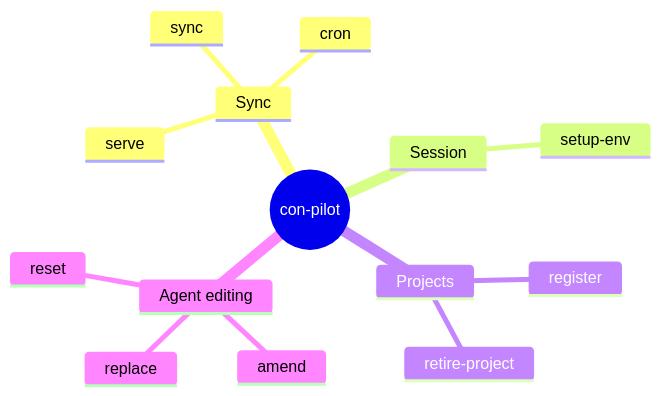
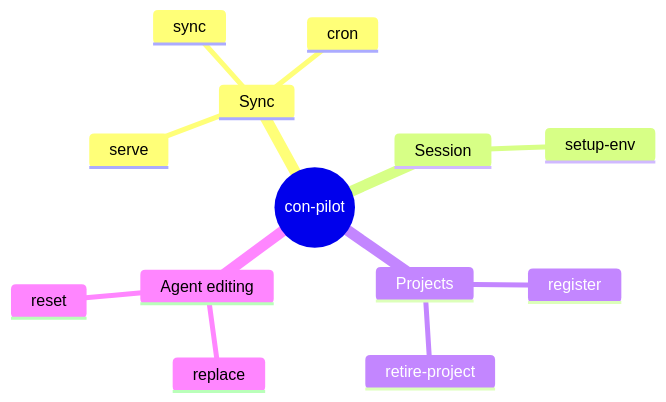
Before and after one commit to oliben67/copilot-conductor: the first of 6 diagrams in src/python/con-pilot/README.md, drawn with Mermaid. The commit also changed other lines of this file and 1 other file, not shown here.

````diff
--- a/src/python/con-pilot/README.md
+++ b/src/python/con-pilot/README.md
@@ -51,17 +52,16 @@
 ```mermaid
 mindmap
   root((con-pilot))
     Sync
       sync
       cron
       serve
     Session
       setup-env
     Projects
       register
       retire-project
     Agent editing
-      amend
       replace
       reset
 ```
````
